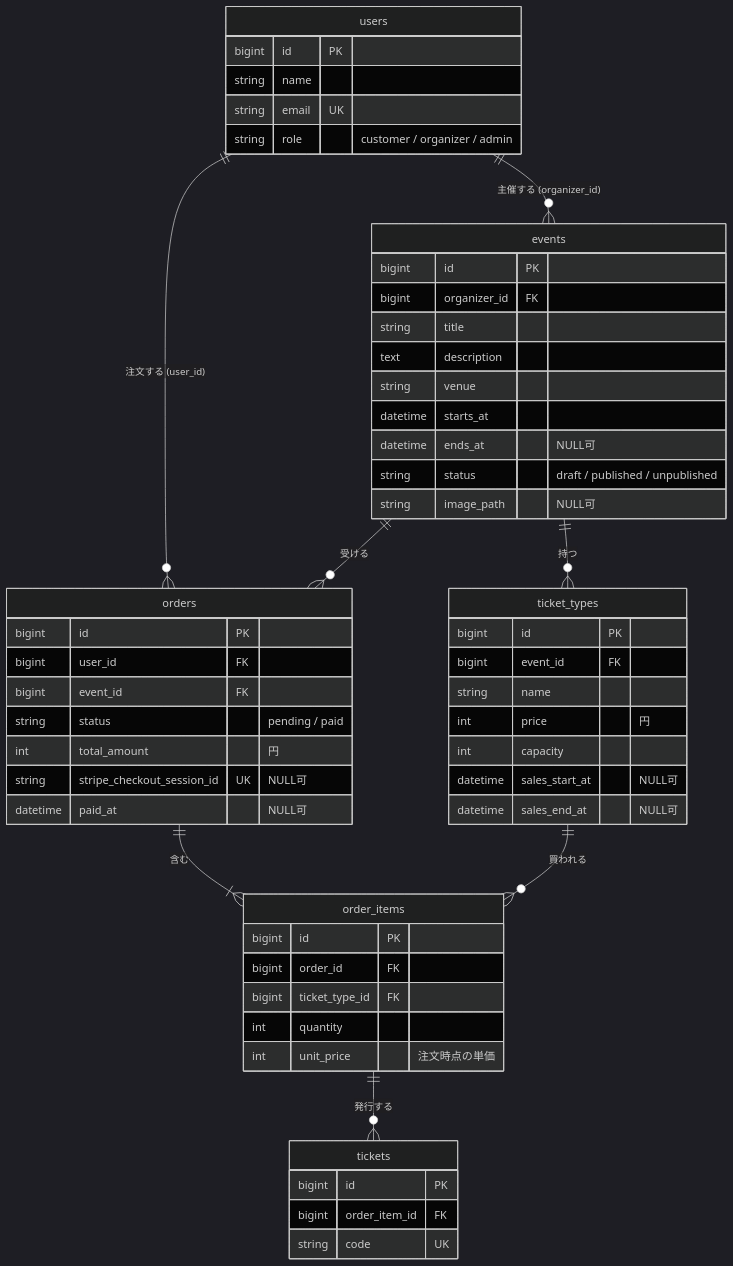
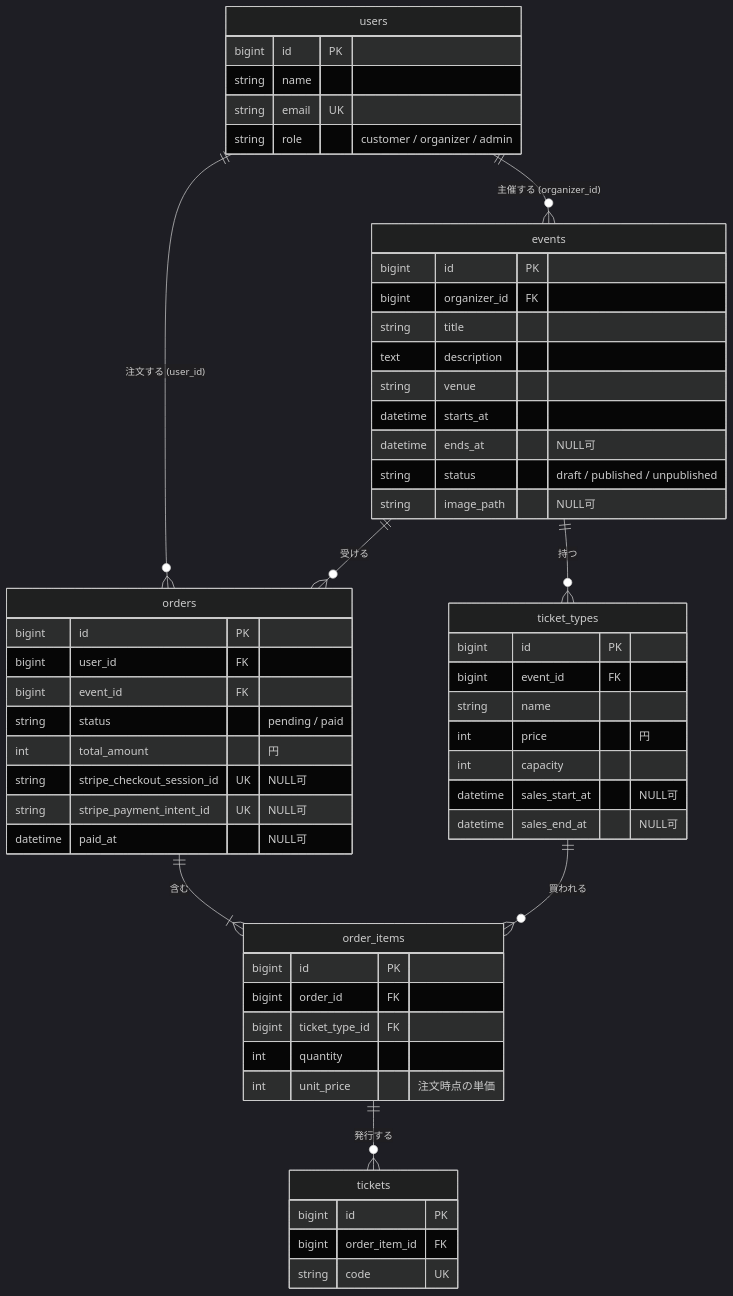
The diagram in doc/design/database.md (yuyu7707/ticket-app), drawn with Mermaid (dark theme) before and after one commit. The commit also changed other lines of this file and 17 other files, not shown here.

````diff
--- a/doc/design/database.md
+++ b/doc/design/database.md
@@ -16,58 +16,59 @@
 ```mermaid
 erDiagram
     users ||--o{ events : "主催する (organizer_id)"
     users ||--o{ orders : "注文する (user_id)"
     events ||--o{ ticket_types : "持つ"
     events ||--o{ orders : "受ける"
     orders ||--|{ order_items : "含む"
     ticket_types ||--o{ order_items : "買われる"
     order_items ||--o{ tickets : "発行する"
 
     users {
         bigint id PK
         string name
         string email UK
         string role "customer / organizer / admin"
     }
     events {
         bigint id PK
         bigint organizer_id FK
         string title
         text description
         string venue
         datetime starts_at
         datetime ends_at "NULL可"
         string status "draft / published / unpublished"
         string image_path "NULL可"
     }
     ticket_types {
         bigint id PK
         bigint event_id FK
         string name
         int price "円"
         int capacity
         datetime sales_start_at "NULL可"
         datetime sales_end_at "NULL可"
     }
     orders {
         bigint id PK
         bigint user_id FK
         bigint event_id FK
         string status "pending / paid"
         int total_amount "円"
         string stripe_checkout_session_id UK "NULL可"
+        string stripe_payment_intent_id UK "NULL可"
         datetime paid_at "NULL可"
     }
     order_items {
         bigint id PK
         bigint order_id FK
         bigint ticket_type_id FK
         int quantity
         int unit_price "注文時点の単価"
     }
     tickets {
         bigint id PK
         bigint order_item_id FK
         string code UK
     }
 ```
````
